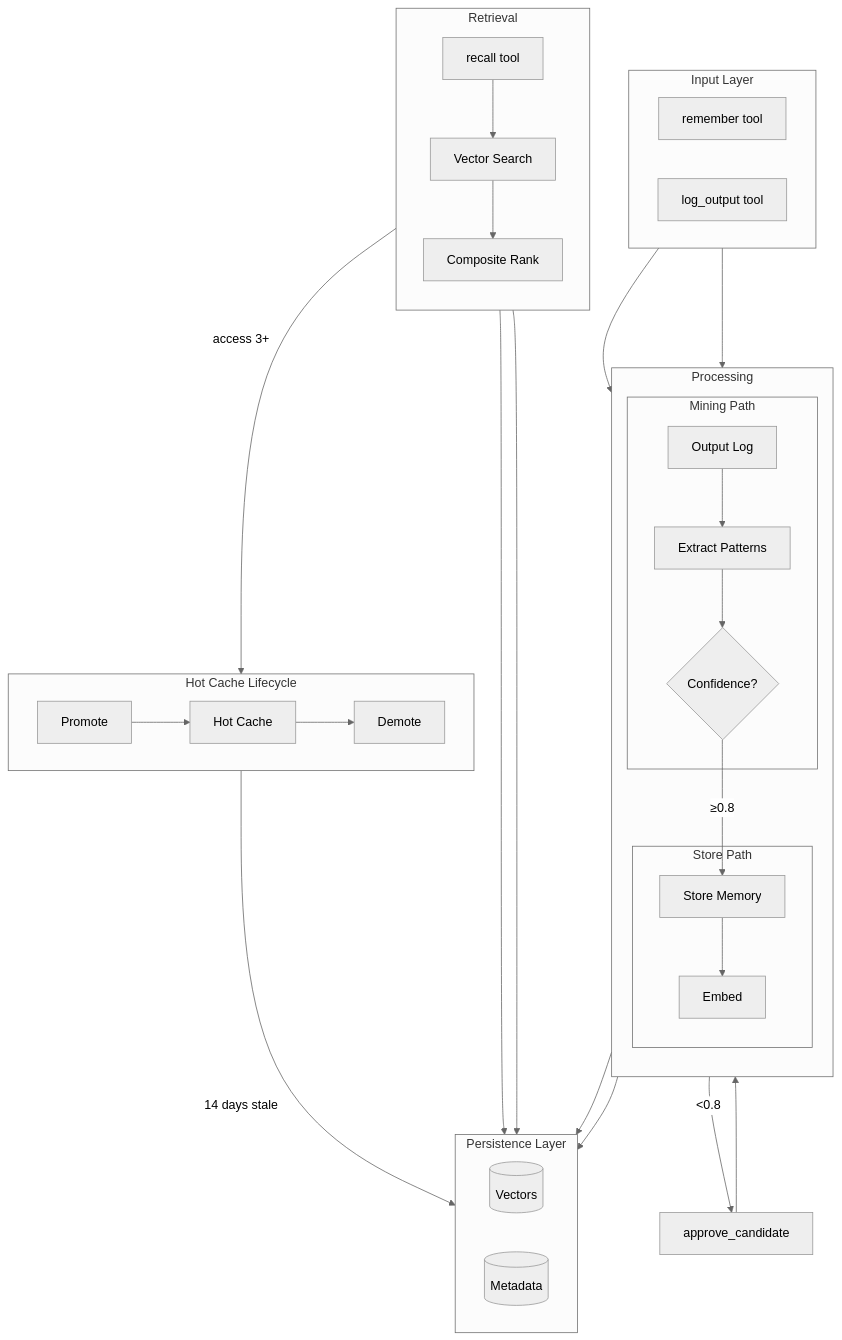
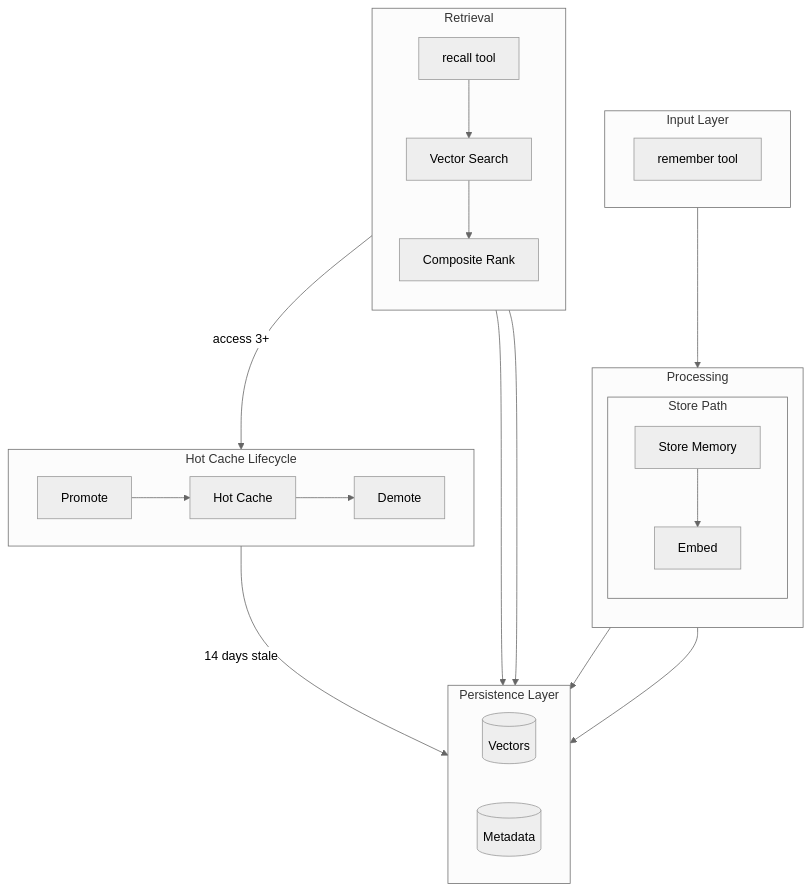
Before and after one commit to michael-denyer/memory-mcp: the first of 2 diagrams in ARCHITECTURE.md, drawn with Mermaid (neutral theme). The commit also changed other lines of this file and 56 other files, not shown here.

````diff
--- a/ARCHITECTURE.md
+++ b/ARCHITECTURE.md
@@ -68,47 +65,38 @@
 ```mermaid
 graph TB
     subgraph Input["Input Layer"]
         direction LR
         R[remember tool]
-        L[log_output tool]
     end
 
     subgraph Process["Processing"]
         direction TB
         subgraph Store["Store Path"]
             S[Store Memory] --> E[Embed]
-        end
-        subgraph Mine["Mining Path"]
-            O[Output Log] --> MP[Extract Patterns]
-            MP --> P{Confidence?}
         end
     end
 
     subgraph Persist["Persistence Layer"]
         direction LR
         V[(Vectors)]
         M[(Metadata)]
     end
 
     subgraph Retrieve["Retrieval"]
         direction TB
         Q[recall tool] --> VS[Vector Search]
         VS --> RK[Composite Rank]
     end
 
     subgraph Cache["Hot Cache Lifecycle"]
         direction LR
         PR[Promote] --> H[Hot Cache]
         H --> DE[Demote]
     end
 
     R --> S
-    L --> O
     E --> V & M
-    P -->|≥0.8| S
-    P -->|<0.8| A[approve_candidate]
-    A --> S
     RK --> V & M
     RK -->|access 3+| PR
     DE -->|14 days stale| V
 ```
````
